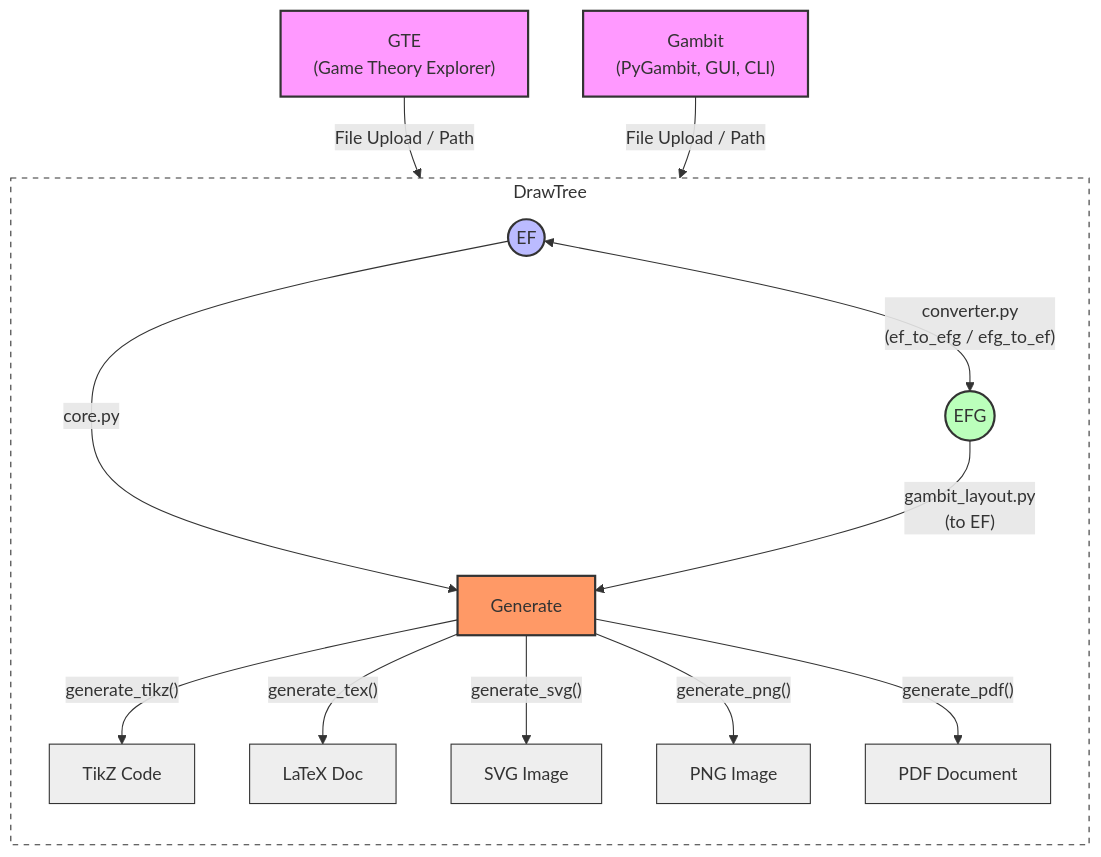
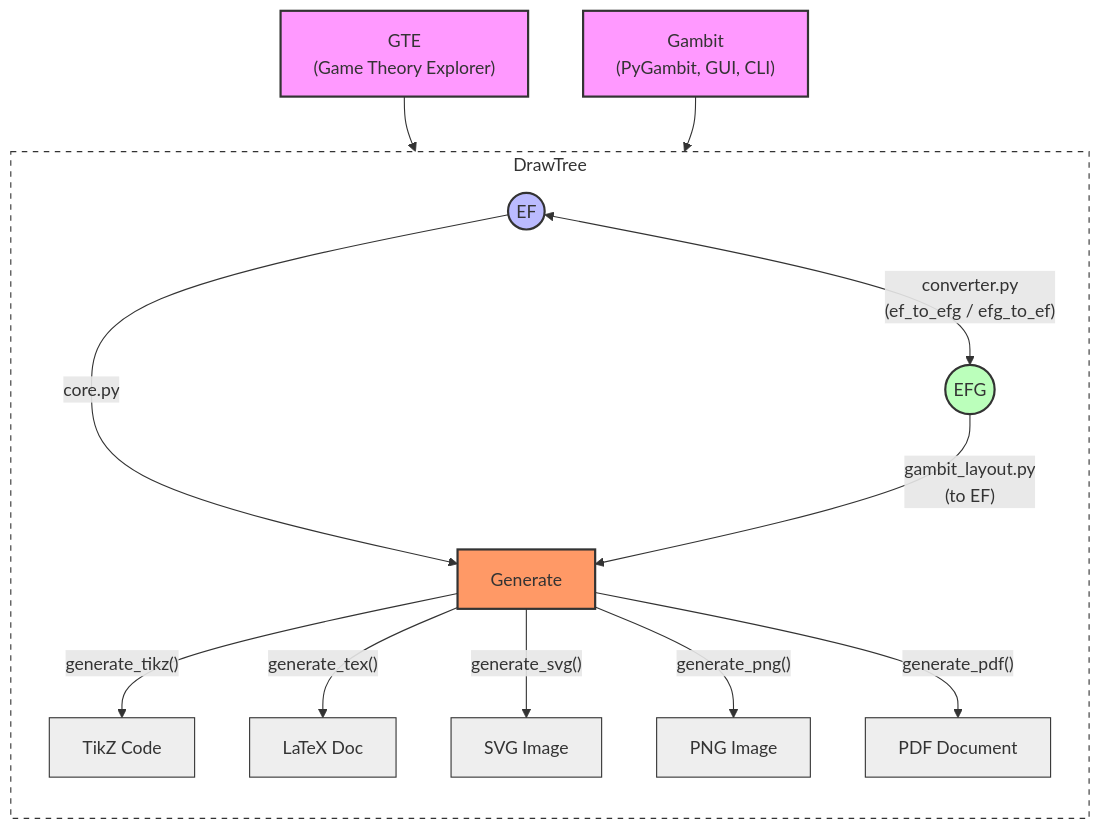
Before and after one commit to gambitproject/gtdraw: the diagram in docs/architecture.md, drawn with Mermaid.

Commit message:
docs: simplify Mermaid architecture diagram by removing labels from input flow arrows

````diff
--- a/docs/architecture.md
+++ b/docs/architecture.md
@@ -5,37 +5,37 @@
 ```{mermaid}
 flowchart TD
     %% Source Inputs
-    GTE["GTE <br/> (Game Theory Explorer)"] -->|File Upload / Path| EF((EF))
-    Gambit["Gambit <br/> (PyGambit, GUI, CLI)"] -->|File Upload / Path| EFG((EFG))
+    GTE["GTE <br/> (Game Theory Explorer)"] --> EF((EF))
+    Gambit["Gambit <br/> (PyGambit, GUI, CLI)"] --> EFG((EFG))
 
     subgraph DrawTree
         direction TB
         
         %% Conversion Layer
         EF <--> |"converter.py <br/> (ef_to_efg / efg_to_ef)"| EFG
         
         %% Processing Layer
         EF --> |"core.py"| Gen[Generate]
         EFG --> |"gambit_layout.py <br/> (to EF)"| Gen
         
         %% Output Layer
         Gen --> |"generate_tikz()"| TikZ[TikZ Code]
         Gen --> |"generate_tex()"| TeX[LaTeX Doc]
         Gen --> |"generate_svg()"| SVG[SVG Image]
         Gen --> |"generate_png()"| PNG[PNG Image]
         Gen --> |"generate_pdf()"| PDF[PDF Document]
     end
 
     %% Styling
     style GTE fill:#f9f,stroke:#333,stroke-width:2px
     style Gambit fill:#f9f,stroke:#333,stroke-width:2px
     style EF fill:#bbf,stroke:#333,stroke-width:2px
     style EFG fill:#bfb,stroke:#333,stroke-width:2px
     style Gen fill:#f96,stroke:#333,stroke-width:2px
     style DrawTree fill:#fff,stroke:#333,stroke-dasharray: 5 5
     style TikZ fill:#eee,stroke:#333
     style TeX fill:#eee,stroke:#333
     style SVG fill:#eee,stroke:#333
     style PNG fill:#eee,stroke:#333
     style PDF fill:#eee,stroke:#333
 ```
````
